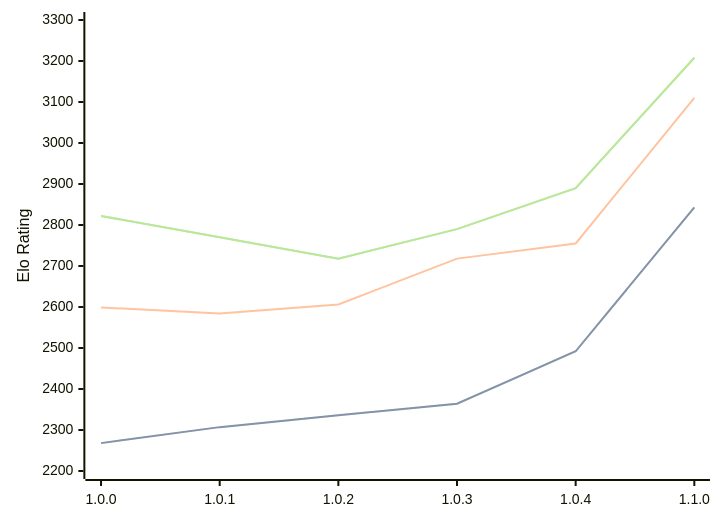
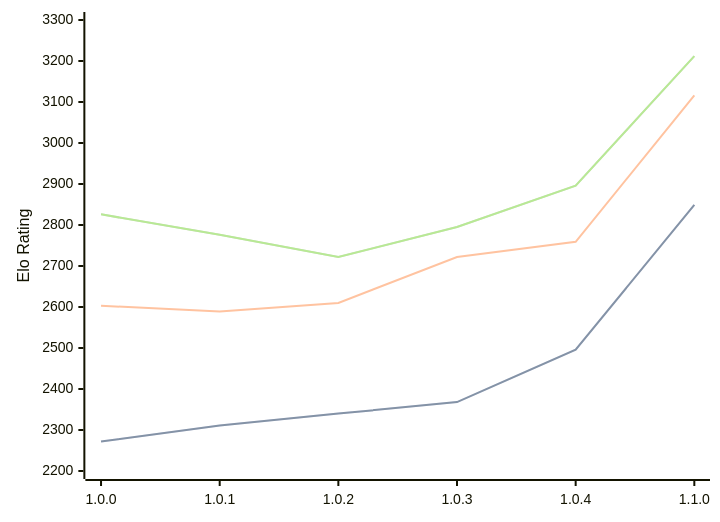
One commit to computer-chess-index/cci changed the diagram in engines/Grail.md. Above: the diagram before and after it, drawn with Mermaid. The commit also changed other lines of this file, not shown here.

Commit message:
Update CCI Ratings (ELO VLTC) - 2026-04-18

````diff
--- a/engines/Grail.md
+++ b/engines/Grail.md
@@ -36,11 +36,11 @@
 ```mermaid
 %%{init: {"theme":"base","themeVariables":{"seriesColors:['#a3a3a3','#222221','#faa371']}}}%%
 xychart-beta
   x-axis ["1.0.0", "1.0.1", "1.0.2", "1.0.3", "1.0.4", "1.1.0"]
   y-axis "Elo Rating" 2200 --> 3300
-  line "STC (8.0+0.08s)" [2268, 2307, 2336, 2364, 2492, 2843]
-  line "STC (8.0+0.08s)" [2268, 2307, 2336, 2364, 2492, 2843]
-  line "LTC (60.0+0.60s)" [2599, 2584, 2606, 2718, 2755, 3110]
-  line "VLTC (2m24s+1.12s)" [2822, 2770, 2718, 2790, 2890, 3208]
-  line "VLTC (2m24s+1.12s)" [2822, 2770, 2718, 2790, 2890, 3208]
+  line "STC (8.0+0.08s)" [2272, 2311, 2340, 2368, 2496, 2849]
+  line "STC (8.0+0.08s)" [2272, 2311, 2340, 2368, 2496, 2849]
+  line "LTC (60.0+0.60s)" [2603, 2589, 2610, 2722, 2759, 3116]
+  line "VLTC (2m24s+1.12s)" [2826, 2776, 2722, 2795, 2896, 3212]
+  line "VLTC (2m24s+1.12s)" [2826, 2776, 2722, 2795, 2896, 3212]
 ```
````
